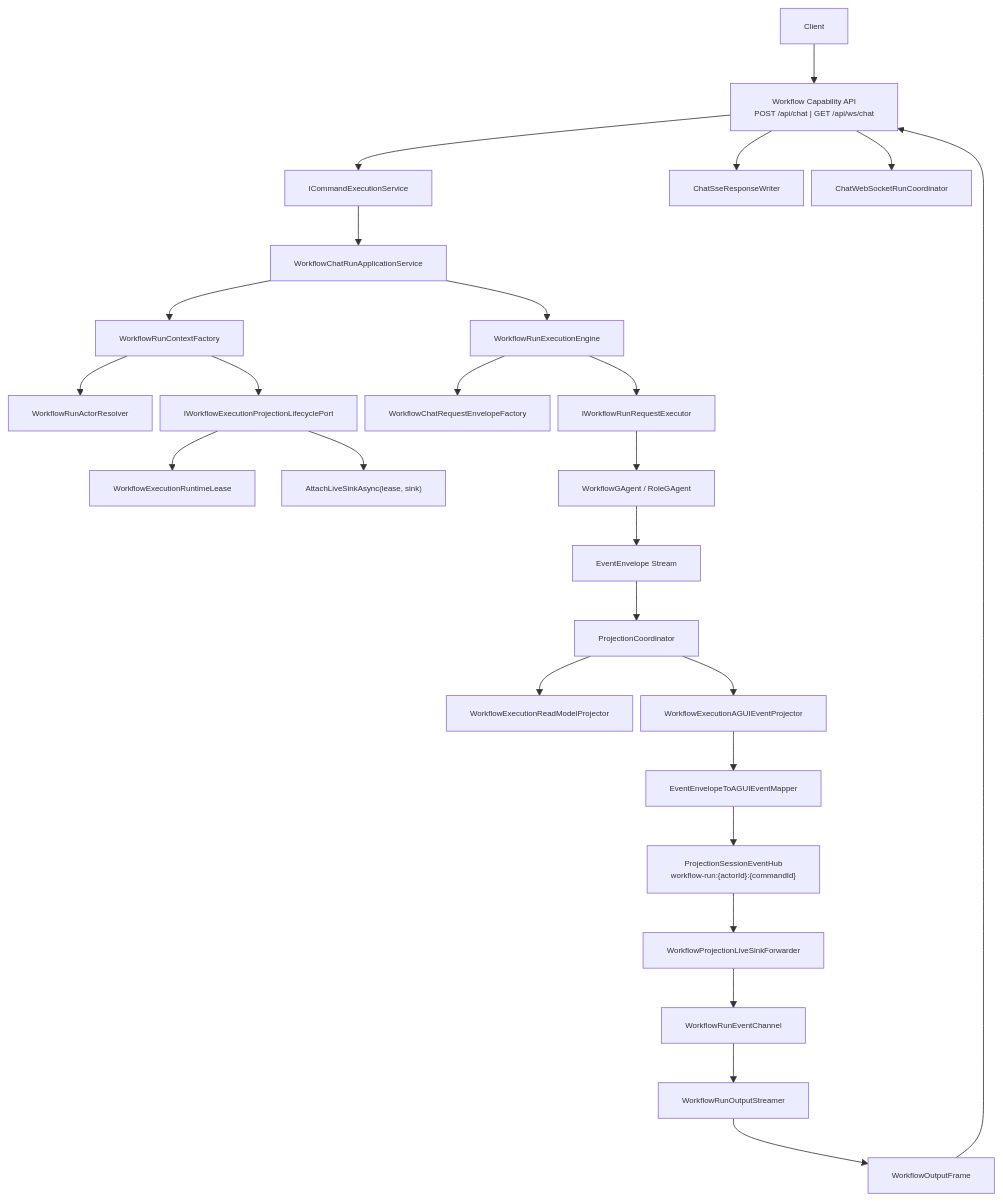
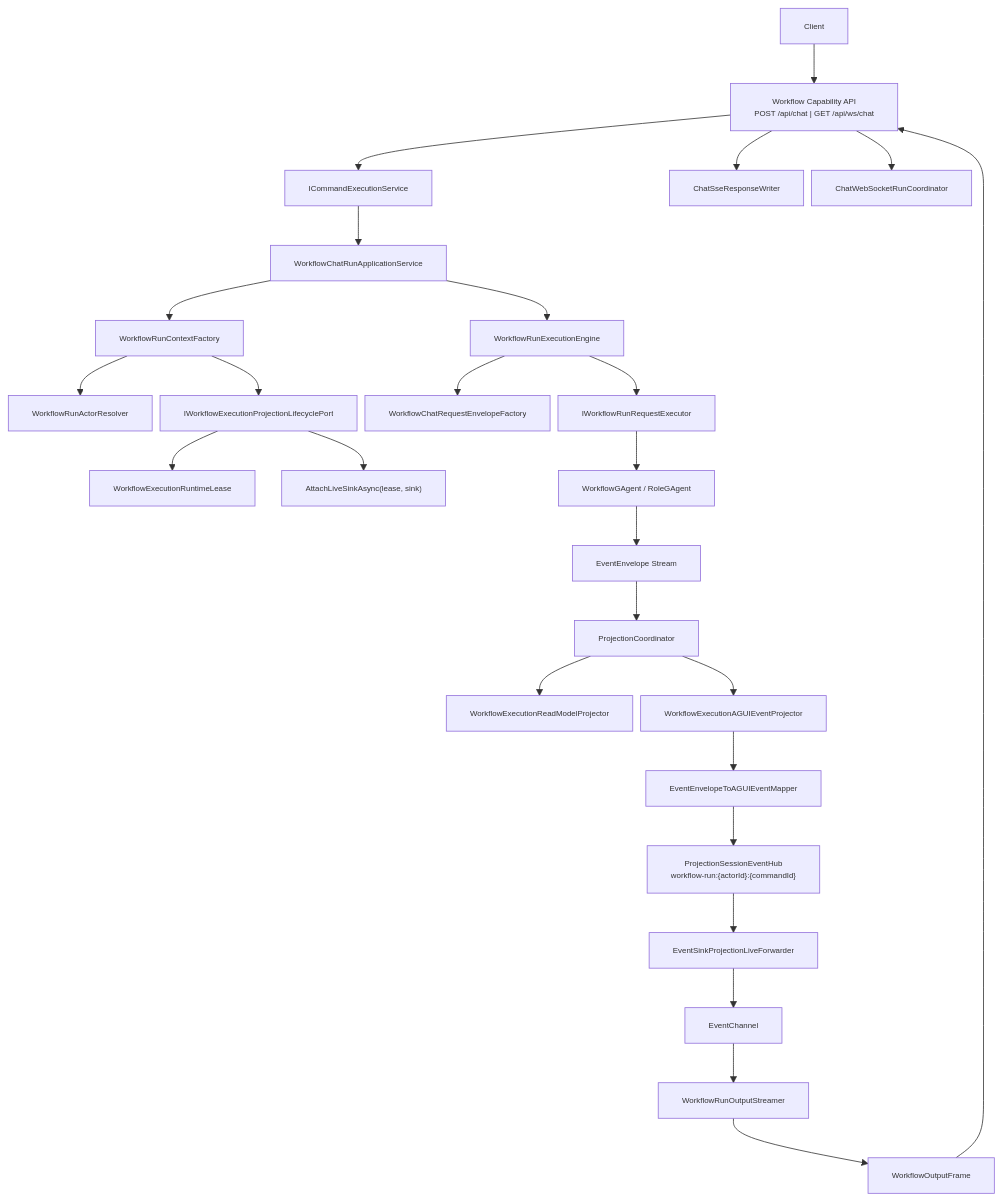
Before and after one commit to aevatarAI/aevatar: the first of 5 diagrams in docs/WORKFLOW_LLM_STREAMING_ARCHITECTURE.md, drawn with Mermaid. The commit also changed other lines of this file and 86 other files, not shown here.

First line of the commit message:
Refactor Aevatar.CQRS architecture to enhance event sink management and projection lifecycle

````diff
--- a/docs/WORKFLOW_LLM_STREAMING_ARCHITECTURE.md
+++ b/docs/WORKFLOW_LLM_STREAMING_ARCHITECTURE.md
@@ -53,29 +53,29 @@
 ```mermaid
 %%{init: {"maxTextSize": 100000, "flowchart": {"useMaxWidth": false, "nodeSpacing": 10, "rankSpacing": 50}, "themeVariables": {"fontSize": "10px"}}}%%
 flowchart TB
     C["Client"] --> H["Workflow Capability API\nPOST /api/chat | GET /api/ws/chat"]
     H --> CMD["ICommandExecutionService"]
     CMD --> APP["WorkflowChatRunApplicationService"]
     APP --> CTX["WorkflowRunContextFactory"]
     CTX --> RES["WorkflowRunActorResolver"]
     CTX --> LIF["IWorkflowExecutionProjectionLifecyclePort"]
     LIF --> LEASE["WorkflowExecutionRuntimeLease"]
     LIF --> SUB["AttachLiveSinkAsync(lease, sink)"]
     APP --> ENG["WorkflowRunExecutionEngine"]
     ENG --> FAC["WorkflowChatRequestEnvelopeFactory"]
     ENG --> EXE["IWorkflowRunRequestExecutor"]
     EXE --> ACT["WorkflowGAgent / RoleGAgent"]
     ACT --> EVT["EventEnvelope Stream"]
     EVT --> COOR["ProjectionCoordinator"]
     COOR --> RM["WorkflowExecutionReadModelProjector"]
     COOR --> AGP["WorkflowExecutionAGUIEventProjector"]
     AGP --> MAP["EventEnvelopeToAGUIEventMapper"]
     MAP --> HUB["ProjectionSessionEventHub\nworkflow-run:{actorId}:{commandId}"]
-    HUB --> FWD["WorkflowProjectionLiveSinkForwarder"]
-    FWD --> CH["WorkflowRunEventChannel"]
+    HUB --> FWD["EventSinkProjectionLiveForwarder<WorkflowExecutionRuntimeLease, WorkflowRunEvent>"]
+    FWD --> CH["EventChannel<WorkflowRunEvent>"]
     CH --> STR["WorkflowRunOutputStreamer"]
     STR --> FR["WorkflowOutputFrame"]
     FR --> H
     H --> SSE["ChatSseResponseWriter"]
     H --> WS["ChatWebSocketRunCoordinator"]
 ```
````
